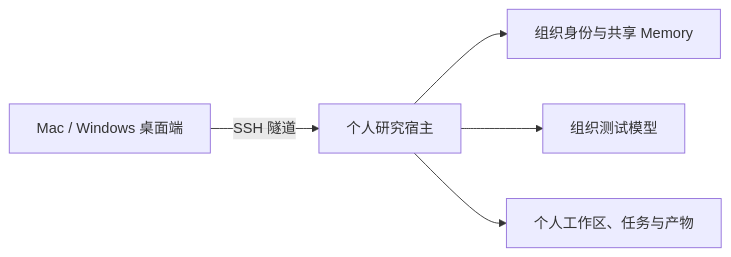
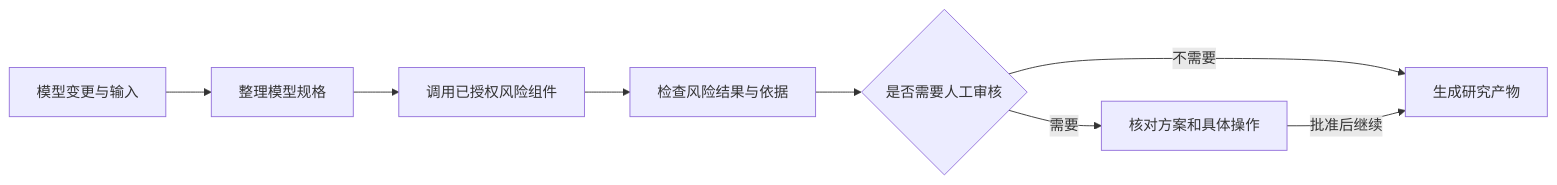
One commit to HKUST-QUANT-SOCIETY/quantcode changed the second of 2 diagrams in README.md. Above: the diagram before and after it, drawn with Mermaid. The commit also changed other lines of this file and 4 other files, not shown here.

````diff
--- a/README.md
+++ b/README.md
@@ -13,7 +216,10 @@
 ```mermaid
 flowchart LR
-    D["Mac / Windows 桌面端"] -->|"SSH 隧道"| H["个人研究宿主"]
-    H --> G["组织身份与共享 Memory"]
-    H --> M["组织测试模型"]
-    H --> W["个人工作区、任务与产物"]
+    A["模型变更与输入"] --> B["整理模型规格"]
+    B --> C["调用已授权风险组件"]
+    C --> D["检查风险结果与依据"]
+    D --> E{"是否需要人工审核"}
+    E -->|需要| F["核对方案和具体操作"]
+    E -->|不需要| G["生成研究产物"]
+    F -->|批准后继续| G
 ```
````
